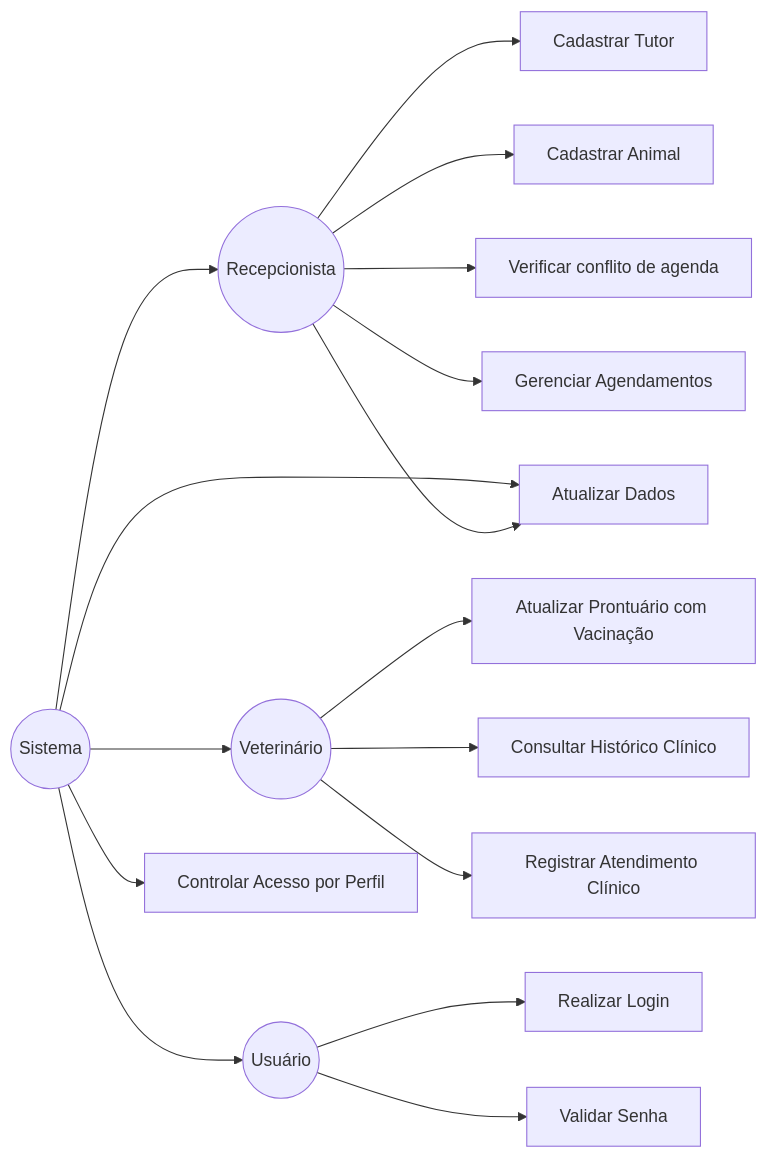
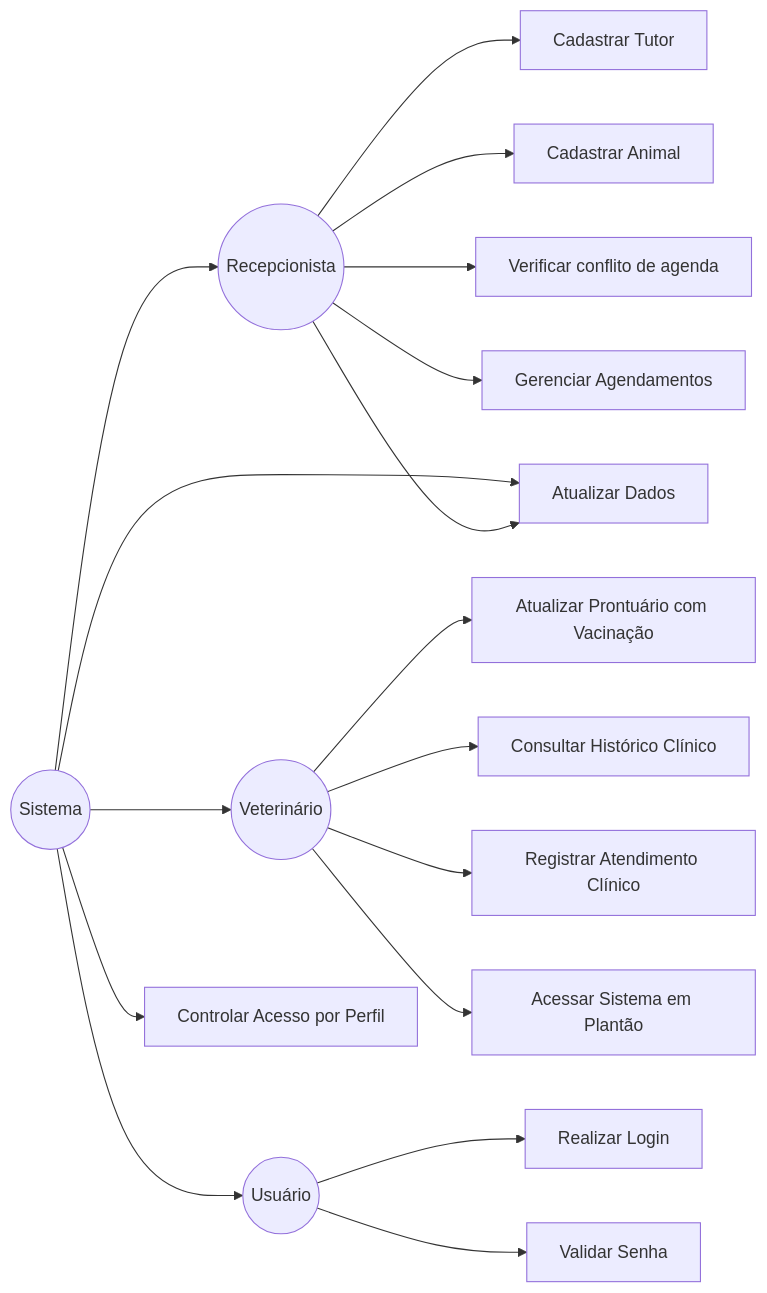
The first of 2 diagrams in docs/E3/diagramas_UML.md (Anabe-dev/clinica_veterinaria), drawn with Mermaid before and after one commit.

Commit message:
Add use case for accessing system in on-call mode

````diff
--- a/docs/E3/diagramas_UML.md
+++ b/docs/E3/diagramas_UML.md
@@ -5,23 +5,24 @@
 ```mermaid
 flowchart LR
   Ator1((Recepcionista))
   Ator2((Veterinário))
   Ator3((Usuário))
   Ator4((Sistema))
   Ator1 --> UC1[Cadastrar Tutor]
   Ator1 --> UC1.1[Cadastrar Animal]
   Ator1 --> UC1.2[Verificar conflito de agenda]
   Ator1 --> UC1.3[Gerenciar Agendamentos]
   Ator2 --> UC2[Atualizar Prontuário com Vacinação]
   Ator2 --> UC2.1[Consultar Histórico Clínico]
   Ator2 --> UC2.2[Registrar Atendimento Clínico]
+  Ator2 --> UC2.3[Acessar Sistema em Plantão]
   Ator3 --> UC3[Realizar Login]
   Ator3 --> UC3.1[Validar Senha]
   Ator4((Sistema)) --> Ator1((Recepcionista))
   Ator4((Sistema)) --> Ator2((Veterinário))
   Ator4((Sistema)) --> Ator3((Usuário))
   Ator4 --> UC4[Controlar Acesso por Perfil]
   Ator4 --> UC4.1[Atualizar Dados]
   Ator1 --> UC4.1[Atualizar Dados]
 
 ```
````
